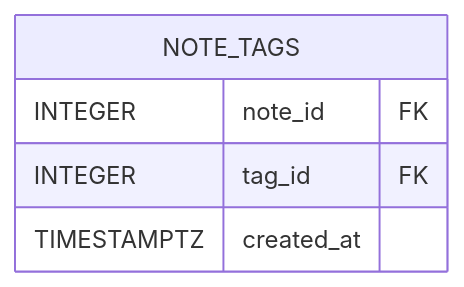
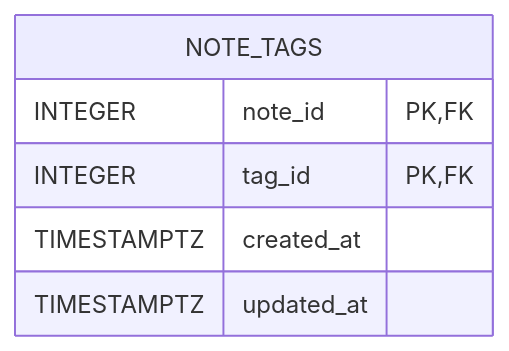
Before and after one commit to go-park-mail-ru/2025_2_FiveCode: diagram 12 of 12 in db/normalized/relations.md, drawn with Mermaid. The commit also changed other lines of this file and 2 other files, not shown here.

````diff
--- a/db/normalized/relations.md
+++ b/db/normalized/relations.md
@@ -310,8 +352,9 @@
 ```mermaid
 erDiagram
-  NOTE_TAGS {
-    INTEGER note_id FK
-    INTEGER tag_id FK 
-    TIMESTAMPTZ created_at
-  }
+    NOTE_TAGS {
+        INTEGER note_id PK, FK
+        INTEGER tag_id PK, FK
+        TIMESTAMPTZ created_at
+        TIMESTAMPTZ updated_at
+    }
 ```
````
